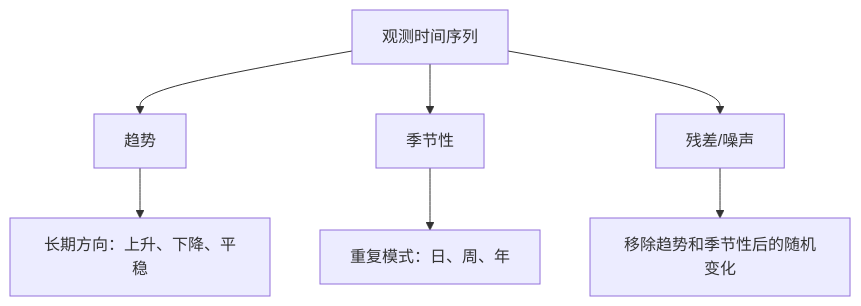
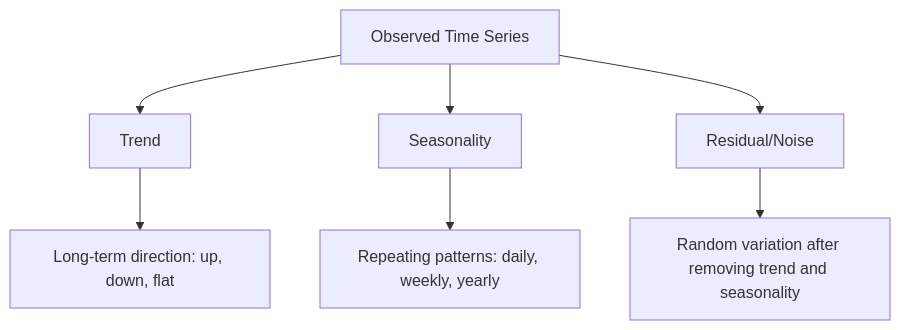
The second of 3 diagrams in i18n/zh/phases/02-ml-fundamentals/15-time-series/docs/zh.md (xiaojiaenen/ai-engineering-from-scratch-zh), drawn with Mermaid before and after one commit. The commit also changed other lines of this file and 18 other files, not shown here.

````diff
--- a/i18n/zh/phases/02-ml-fundamentals/15-time-series/docs/zh.md
+++ b/i18n/zh/phases/02-ml-fundamentals/15-time-series/docs/zh.md
@@ -69,10 +69,10 @@
 ```mermaid
 flowchart TD
-    A[观测时间序列] --> B[趋势]
-    A --> C[季节性]
-    A --> D[残差/噪声]
+    A[Observed Time Series] --> B[Trend]
+    A --> C[Seasonality]
+    A --> D[Residual/Noise]
 
-    B --> E[长期方向：上升、下降、平稳]
-    C --> F[重复模式：日、周、年]
-    D --> G[移除趋势和季节性后的随机变化]
+    B --> E[Long-term direction: up, down, flat]
+    C --> F[Repeating patterns: daily, weekly, yearly]
+    D --> G[Random variation after removing trend and seasonality]
 ```
````
